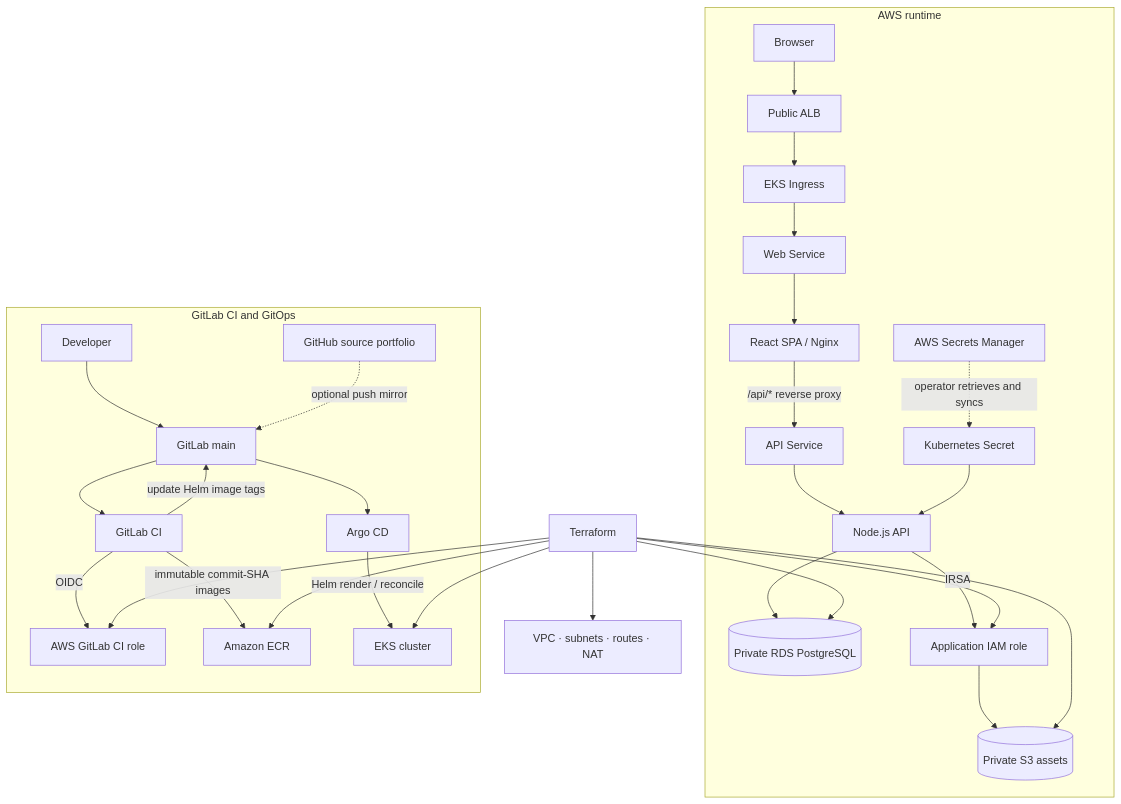
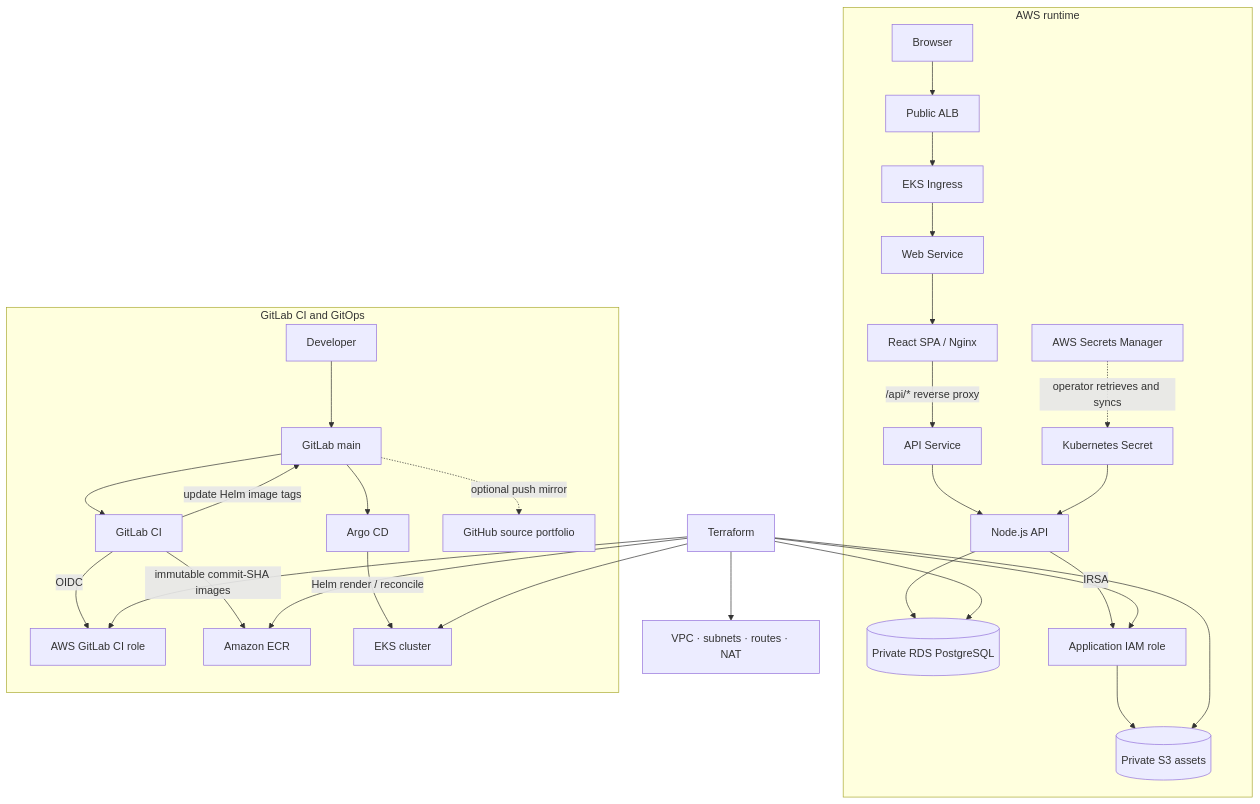
The diagram in docs/architecture.md (S-charan120/showcaseme-aws-eks-devops), drawn with Mermaid before and after one commit.

Commit message:
docs: correct GitLab push mirror direction in docs/architecture.md

````diff
--- a/docs/architecture.md
+++ b/docs/architecture.md
@@ -15,35 +15,35 @@
 ```mermaid
 flowchart TB
   subgraph Runtime["AWS runtime"]
     Visitor[Browser] --> ALB[Public ALB]
     ALB --> Ingress[EKS Ingress]
     Ingress --> WebSvc[Web Service]
     WebSvc --> Nginx[React SPA / Nginx]
     Nginx -->|/api/* reverse proxy| ApiSvc[API Service]
     ApiSvc --> API[Node.js API]
     API --> RDS[(Private RDS PostgreSQL)]
     API -->|IRSA| IAMRole[Application IAM role]
     IAMRole --> S3[(Private S3 assets)]
     SM[AWS Secrets Manager] -.->|operator retrieves and syncs| K8sSecret[Kubernetes Secret]
     K8sSecret --> API
   end
 
   subgraph Delivery["GitLab CI and GitOps"]
     Dev[Developer] --> GL[GitLab main]
     GL --> CI[GitLab CI]
     CI -->|OIDC| GitLabRole[AWS GitLab CI role]
     CI -->|immutable commit-SHA images| ECR[Amazon ECR]
     CI -->|update Helm image tags| GL
     GL --> Argo[Argo CD]
     Argo -->|Helm render / reconcile| EKS[EKS cluster]
-    GH[GitHub source portfolio] -.->|optional push mirror| GL
+    GL -.->|optional push mirror| GH[GitHub source portfolio]
   end
 
   TF[Terraform] --> Network[VPC · subnets · routes · NAT]
   TF --> EKS
   TF --> RDS
   TF --> S3
   TF --> ECR
   TF --> IAMRole
   TF --> GitLabRole
 ```
````
